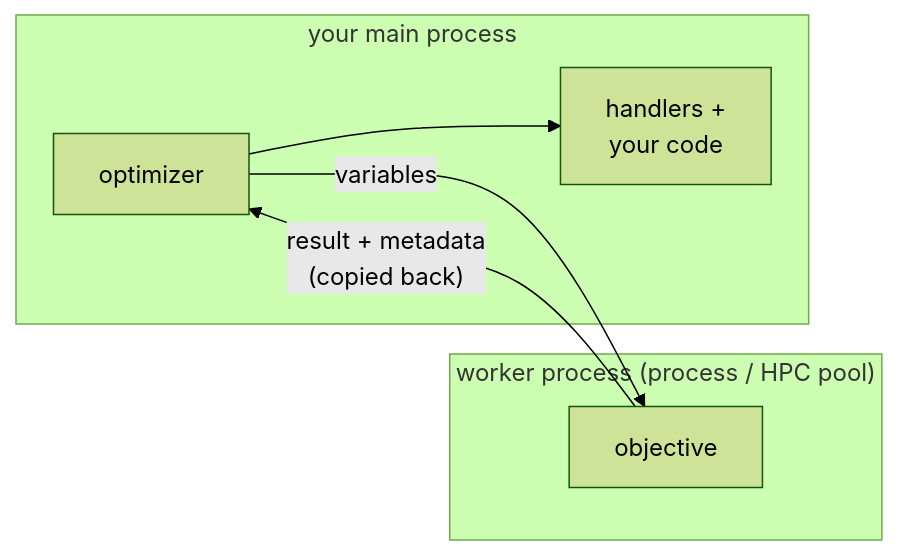
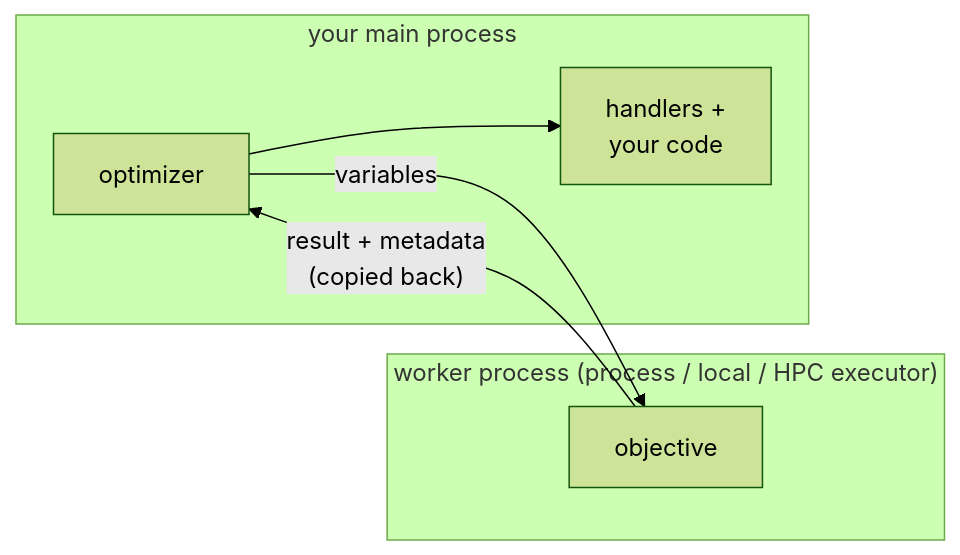
Before and after one commit to TNO-ropt/ropt: the diagram in docs/running/handlers.md, drawn with Mermaid (forest theme). The commit also changed other lines of this file and 51 other files, not shown here.

````diff
--- a/docs/running/handlers.md
+++ b/docs/running/handlers.md
@@ -242,13 +242,13 @@
 ```mermaid
 flowchart LR
     subgraph main["your main process"]
         opt["optimizer"]
         hand["handlers +<br/>your code"]
         opt --> hand
     end
-    subgraph worker["worker process (process / HPC pool)"]
+    subgraph worker["worker process (process / local / HPC executor)"]
         obj["objective"]
     end
     opt -->|"variables"| obj
     obj -->|"result + metadata<br/>(copied back)"| opt
 ```
````
